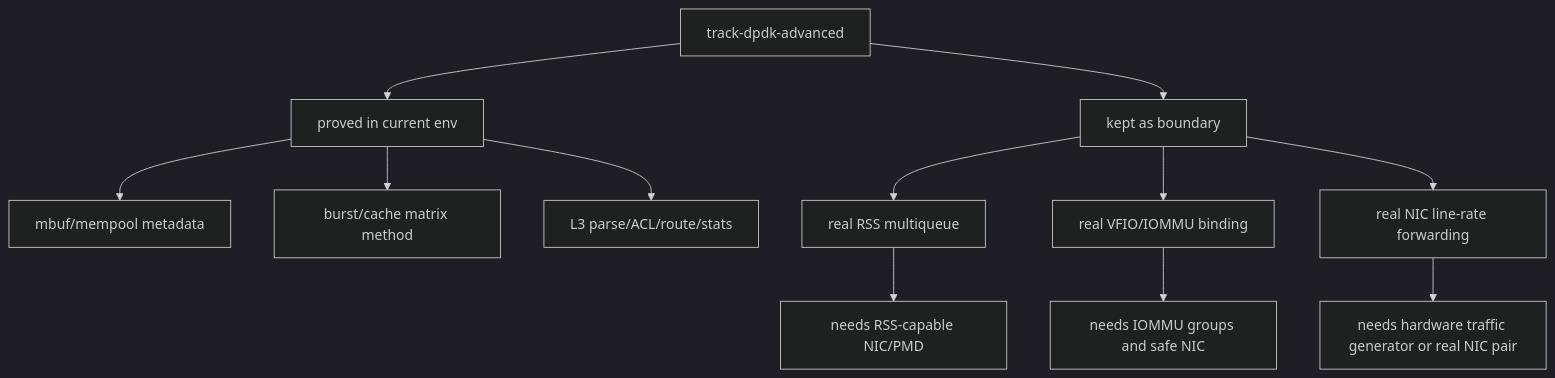
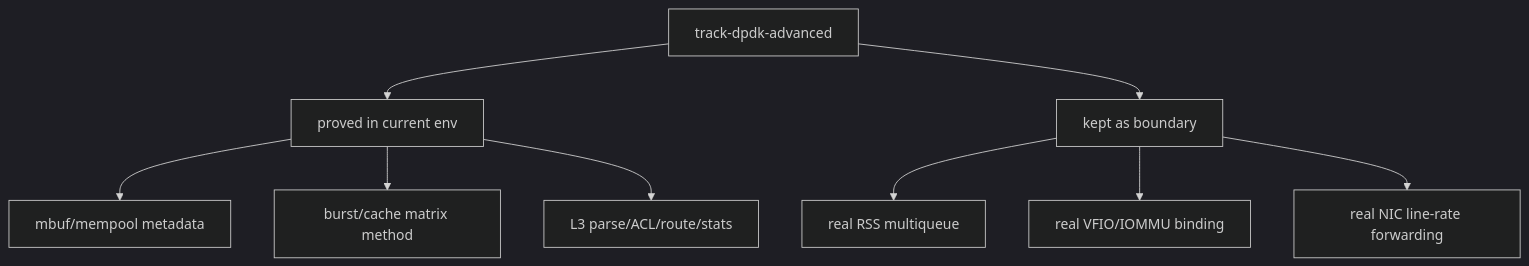
Before and after one commit to gwpptm007/driver-lab: the ninth of 9 diagrams in linux-driver-lab/track-dpdk-advanced/docs/04_ARCHITECTURE_PRINCIPLES.md, drawn with Mermaid (dark theme). The commit also changed other lines of this file and 79 other files, not shown here.

````diff
--- a/linux-driver-lab/track-dpdk-advanced/docs/04_ARCHITECTURE_PRINCIPLES.md
+++ b/linux-driver-lab/track-dpdk-advanced/docs/04_ARCHITECTURE_PRINCIPLES.md
@@ -335,17 +229,13 @@
 ```mermaid
 flowchart TD
     Result["track-dpdk-advanced"] --> Proved["proved in current env"]
     Result --> Boundary["kept as boundary"]
 
     Proved --> P1["mbuf/mempool metadata"]
     Proved --> P3["burst/cache matrix method"]
     Proved --> P5["L3 parse/ACL/route/stats"]
 
     Boundary --> B2["real RSS multiqueue"]
     Boundary --> B4["real VFIO/IOMMU binding"]
     Boundary --> B5["real NIC line-rate forwarding"]
-
-    B2 --> Need1["needs RSS-capable NIC/PMD"]
-    B4 --> Need2["needs IOMMU groups and safe NIC"]
-    B5 --> Need3["needs hardware traffic generator or real NIC pair"]
 ```
````
